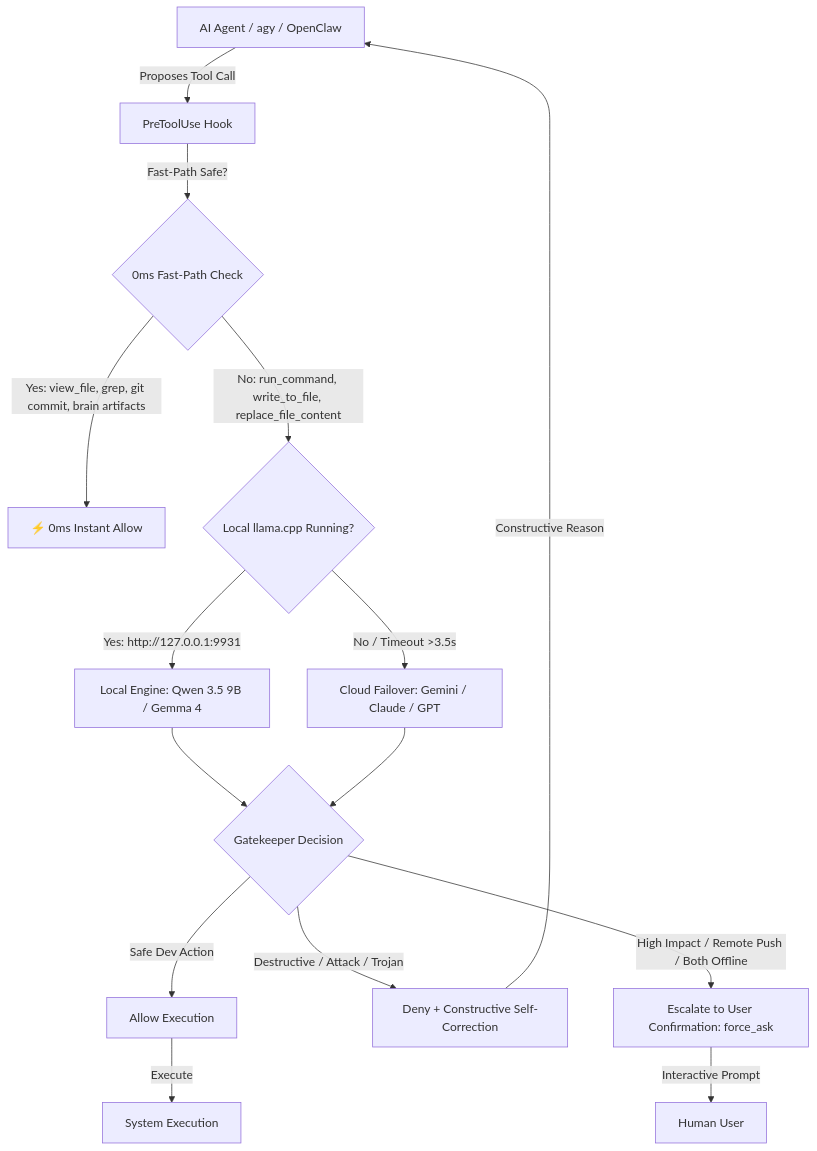
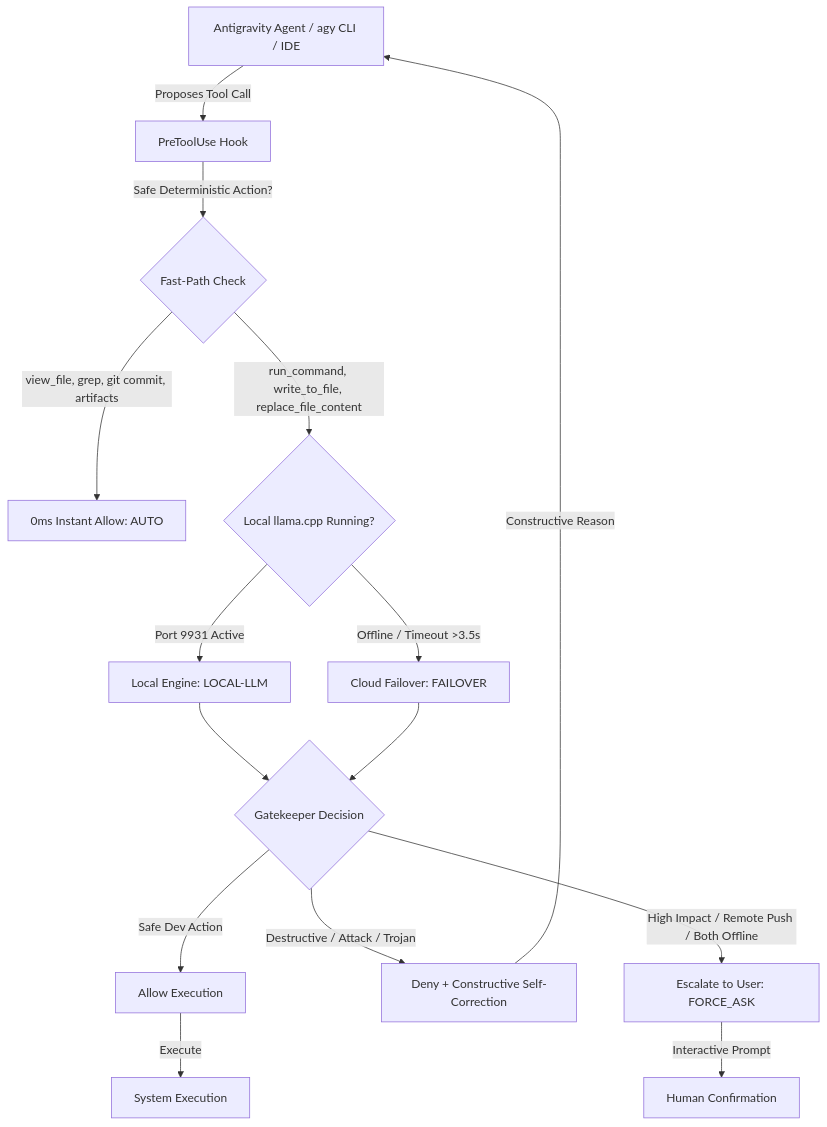
The diagram in README.md (rahul-k-r/auto-permissions-mode), drawn with Mermaid before and after one commit. The commit also changed other lines of this file and 12 other files, not shown here.

````diff
--- a/README.md
+++ b/README.md
@@ -16,21 +16,21 @@
 ```mermaid
 flowchart TD
-    Agent[AI Agent / agy / OpenClaw] -->|Proposes Tool Call| Hook[PreToolUse Hook]
-    Hook -->|Fast-Path Safe?| FastPath{0ms Fast-Path Check}
-    FastPath -->|Yes: view_file, grep, git commit, brain artifacts| InstantAllow[⚡ 0ms Instant Allow]
-    FastPath -->|No: run_command, write_to_file, replace_file_content| LocalCheck{Local llama.cpp Running?}
+    Agent[Antigravity Agent / agy CLI / IDE] -->|Proposes Tool Call| Hook[PreToolUse Hook]
+    Hook -->|Safe Deterministic Action?| FastPath{Fast-Path Check}
+    FastPath -->|view_file, grep, git commit, artifacts| InstantAllow[0ms Instant Allow: AUTO]
+    FastPath -->|run_command, write_to_file, replace_file_content| LocalCheck{Local llama.cpp Running?}
     
-    LocalCheck -->|Yes: http://127.0.0.1:9931| LocalEngine[Local Engine: Qwen 3.5 9B / Gemma 4]
-    LocalCheck -->|No / Timeout >3.5s| CloudEngine[Cloud Failover: Gemini / Claude / GPT]
+    LocalCheck -->|Port 9931 Active| LocalEngine[Local Engine: LOCAL-LLM]
+    LocalCheck -->|Offline / Timeout >3.5s| CloudEngine[Cloud Failover: FAILOVER]
     
     LocalEngine --> Decision{Gatekeeper Decision}
     CloudEngine --> Decision
     
     Decision -->|Safe Dev Action| Allow[Allow Execution]
     Decision -->|Destructive / Attack / Trojan| Deny[Deny + Constructive Self-Correction]
-    Decision -->|High Impact / Remote Push / Both Offline| Ask[Escalate to User Confirmation: force_ask]
+    Decision -->|High Impact / Remote Push / Both Offline| Ask[Escalate to User: FORCE_ASK]
     
     Deny -->|Constructive Reason| Agent
     Allow -->|Execute| OS[System Execution]
-    Ask -->|Interactive Prompt| User[Human User]
+    Ask -->|Interactive Prompt| User[Human Confirmation]
 ```
````
